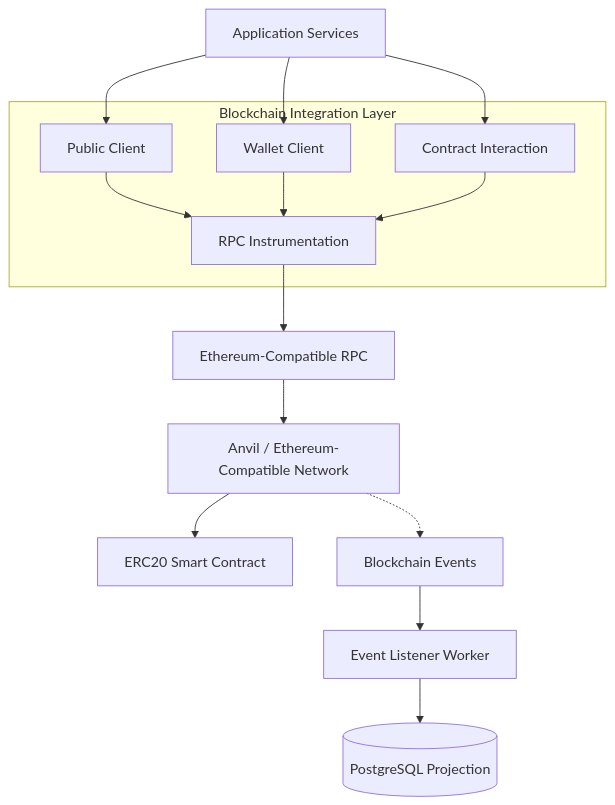
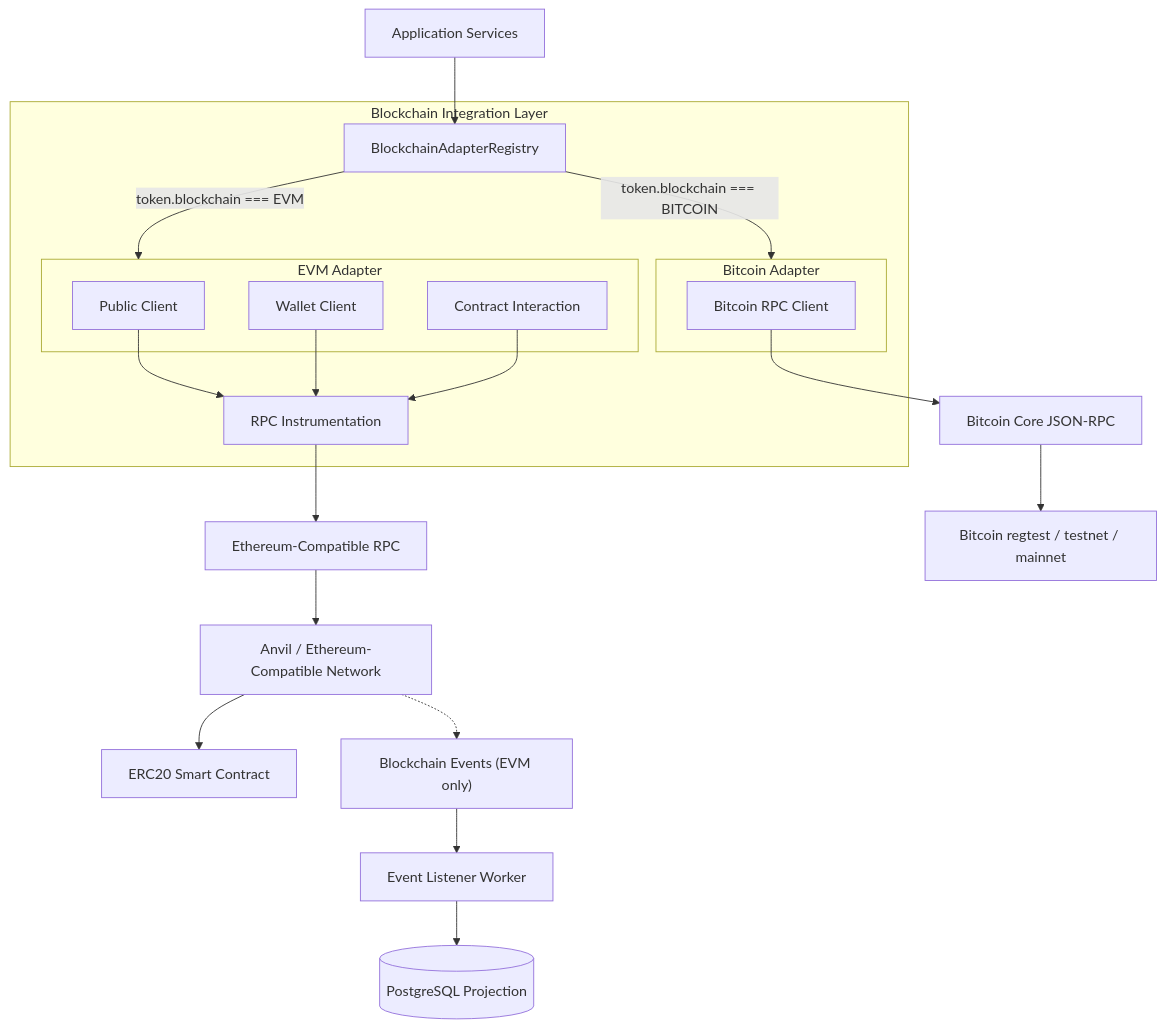
The first of 7 diagrams in docs/blockchain-integration.md (wahid-nwr/blockchain-transaction-simulator), drawn with Mermaid before and after one commit. The commit also changed other lines of this file and 6 other files, not shown here.

Commit message:
Added blockchain adapter pattern document

````diff
--- a/docs/blockchain-integration.md
+++ b/docs/blockchain-integration.md
@@ -27,31 +30,45 @@
 ```mermaid
 flowchart TB
     Services["Application Services"]
 
     subgraph Integration["Blockchain Integration Layer"]
-        PublicClient["Public Client"]
-        WalletClient["Wallet Client"]
-        Contracts["Contract Interaction"]
+        Registry["BlockchainAdapterRegistry"]
+
+        subgraph EvmAdapter["EVM Adapter"]
+            PublicClient["Public Client"]
+            WalletClient["Wallet Client"]
+            Contracts["Contract Interaction"]
+        end
+
+        subgraph BtcAdapter["Bitcoin Adapter"]
+            BtcRpc["Bitcoin RPC Client"]
+        end
+
         Instrumentation["RPC Instrumentation"]
     end
 
-    RPC["Ethereum-Compatible RPC"]
-    Chain["Anvil / Ethereum-Compatible Network"]
+    EvmRpc["Ethereum-Compatible RPC"]
+    EvmChain["Anvil / Ethereum-Compatible Network"]
     Contract["ERC20 Smart Contract"]
 
-    Services --> PublicClient
-    Services --> WalletClient
-    Services --> Contracts
+    BtcRpcNode["Bitcoin Core JSON-RPC"]
+    BtcChain["Bitcoin regtest / testnet / mainnet"]
+
+    Services --> Registry
+    Registry -->|"token.blockchain === EVM"| EvmAdapter
+    Registry -->|"token.blockchain === BITCOIN"| BtcAdapter
 
     PublicClient --> Instrumentation
     WalletClient --> Instrumentation
     Contracts --> Instrumentation
+    Instrumentation --> EvmRpc
+    EvmRpc --> EvmChain
+    EvmChain --> Contract
 
-    Instrumentation --> RPC
-    RPC --> Chain
-    Chain --> Contract
+    BtcRpc --> BtcRpcNode
+    BtcRpcNode --> BtcChain
 
-    Chain -.-> Events["Blockchain Events"]
+    EvmChain -.-> Events["Blockchain Events (EVM only)"]
     Events --> Listener["Event Listener Worker"]
     Listener --> DB[("PostgreSQL Projection")]
 ```
````
